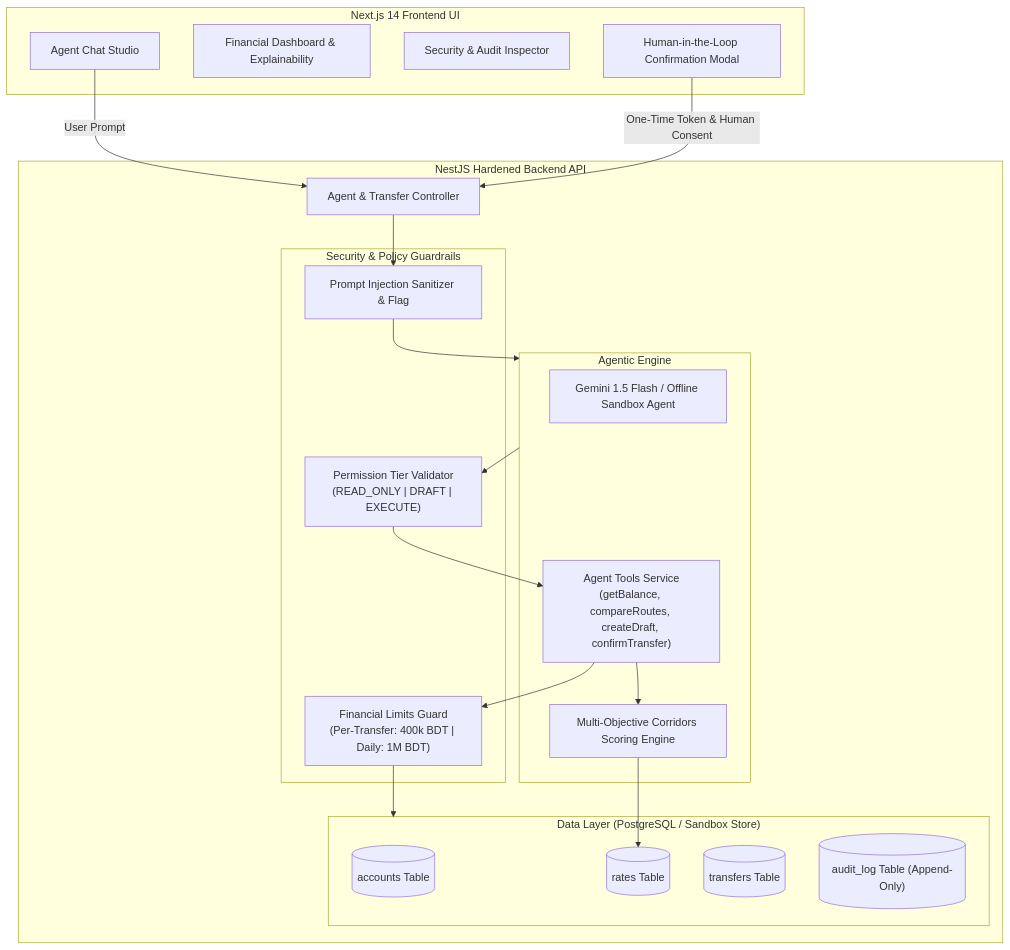
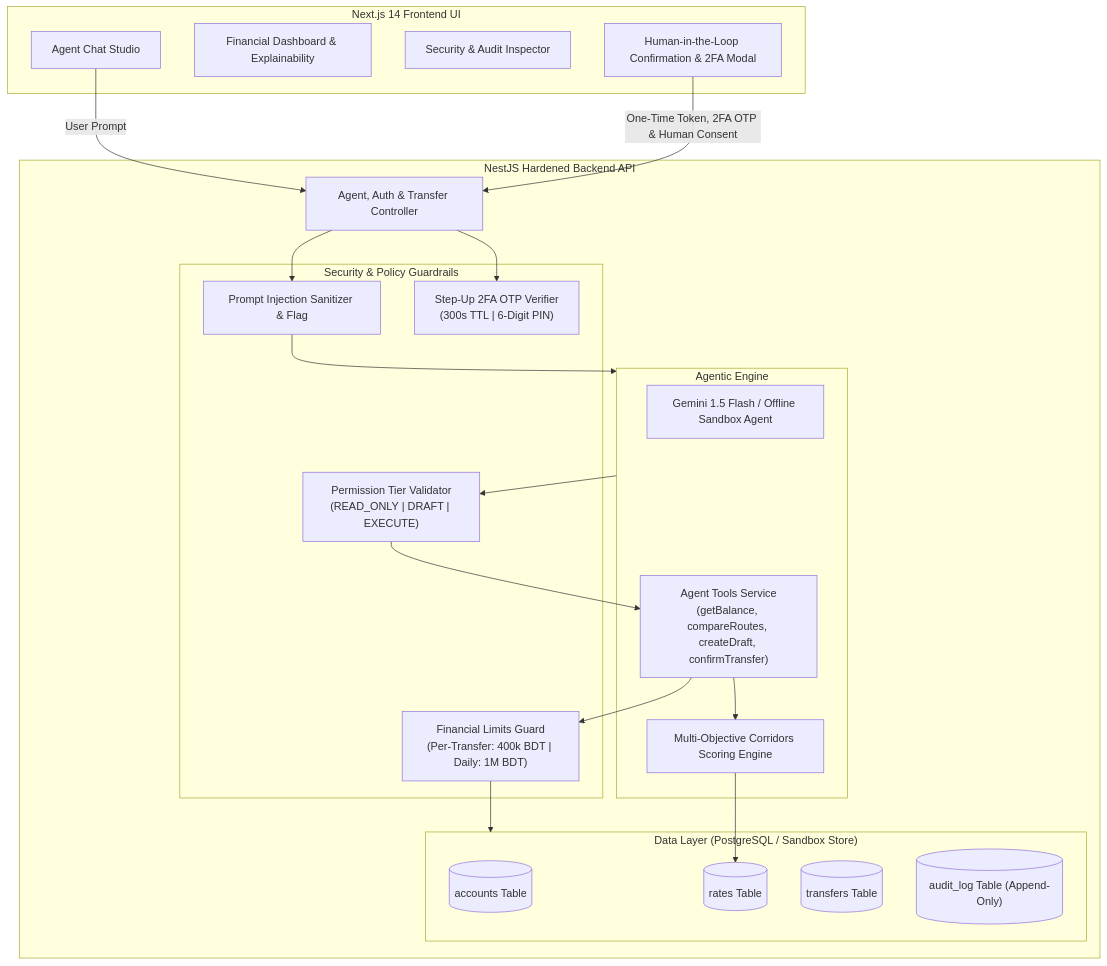
One commit to MirEashanZaman/student-tuition-payment-agent changed the first of 2 diagrams in docs/TECHNICAL_DOCUMENTATION.md. Above: the diagram before and after it, drawn with Mermaid. The commit also changed other lines of this file, not shown here.

Commit message:
docs: update technical documentation with direct draft flow, 2FA architecture, and complete API spec

````diff
--- a/docs/TECHNICAL_DOCUMENTATION.md
+++ b/docs/TECHNICAL_DOCUMENTATION.md
@@ -16,43 +16,45 @@
 ```mermaid
 graph TD
     subgraph Client["Next.js 14 Frontend UI"]
         UI_Chat["Agent Chat Studio"]
         UI_Dash["Financial Dashboard & Explainability"]
         UI_Audit["Security & Audit Inspector"]
-        UI_Consent["Human-in-the-Loop Confirmation Modal"]
+        UI_Consent["Human-in-the-Loop Confirmation & 2FA Modal"]
     end
 
     subgraph Backend["NestJS Hardened Backend API"]
-        Controller["Agent & Transfer Controller"]
+        Controller["Agent, Auth & Transfer Controller"]
         
         subgraph Guardrails["Security & Policy Guardrails"]
             TierGuard["Permission Tier Validator\n(READ_ONLY | DRAFT | EXECUTE)"]
             LimitGuard["Financial Limits Guard\n(Per-Transfer: 400k BDT | Daily: 1M BDT)"]
             InjectionFilter["Prompt Injection Sanitizer & Flag"]
+            OtpVerifier["Step-Up 2FA OTP Verifier\n(300s TTL | 6-Digit PIN)"]
         end
 
         subgraph CoreAgent["Agentic Engine"]
             LLM["Gemini 1.5 Flash / Offline Sandbox Agent"]
             Tools["Agent Tools Service\n(getBalance, compareRoutes, createDraft, confirmTransfer)"]
             Scoring["Multi-Objective Corridors Scoring Engine"]
         end
 
         subgraph Storage["Data Layer (PostgreSQL / Sandbox Store)"]
         Accounts[("accounts Table")]
         Rates[("rates Table")]
         Transfers[("transfers Table")]
         AuditLog[("audit_log Table (Append-Only)")]
         end
     end
 
     UI_Chat -->|"User Prompt"| Controller
     Controller --> InjectionFilter
     InjectionFilter --> CoreAgent
     CoreAgent --> TierGuard
     TierGuard --> Tools
     Tools --> LimitGuard
     LimitGuard --> Storage
     Tools --> Scoring
     Scoring --> Rates
-    UI_Consent -->|"One-Time Token & Human Consent"| Controller
+    UI_Consent -->|"One-Time Token, 2FA OTP & Human Consent"| Controller
+    Controller --> OtpVerifier
 ```
````
